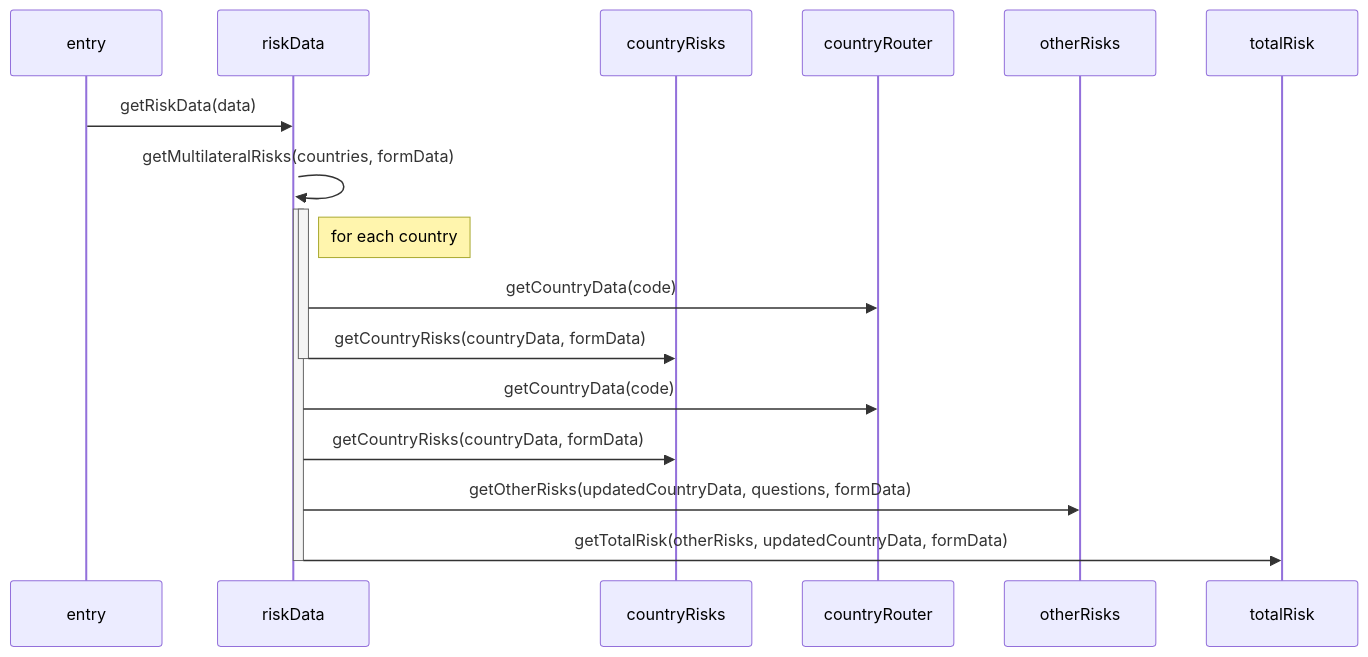
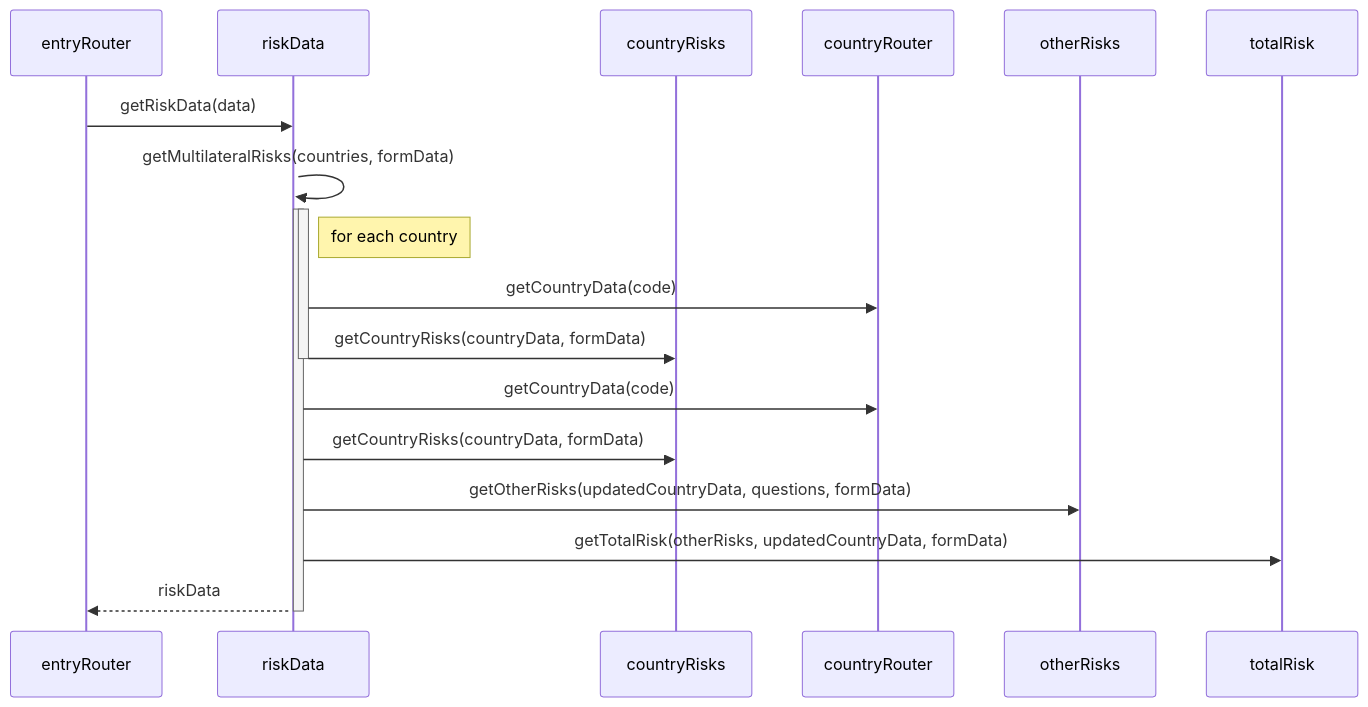
The first of 2 diagrams in README.md (mluukkai/poc), drawn with Mermaid before and after one commit.

Commit message:
Rename participant from 'entry' to 'entryRouter'

````diff
--- a/README.md
+++ b/README.md
@@ -1,23 +1,24 @@
 ```mermaid
 sequenceDiagram
-    participant entry
+    participant entryRouter
     participant riskData
     participant countryRisks
     participant countryRouter
     participant otherRisks
     participant totalRisk
 
-    entry->>riskData: getRiskData(data)
+    entryRouter->>riskData: getRiskData(data)
     activate riskData
     riskData ->>+ riskData: getMultilateralRisks(countries, formData)
     activate riskData
     Note right of riskData: for each country
     riskData ->> countryRouter: getCountryData(code)
     riskData ->> countryRisks: getCountryRisks(countryData, formData)
     deactivate riskData
     riskData ->> countryRouter: getCountryData(code)
     riskData ->> countryRisks: getCountryRisks(countryData, formData)
     riskData ->> otherRisks: getOtherRisks(updatedCountryData, questions, formData)
     riskData ->> totalRisk: getTotalRisk(otherRisks, updatedCountryData, formData)
+    riskData -->> entryRouter: riskData
     deactivate riskData
 ```
````
